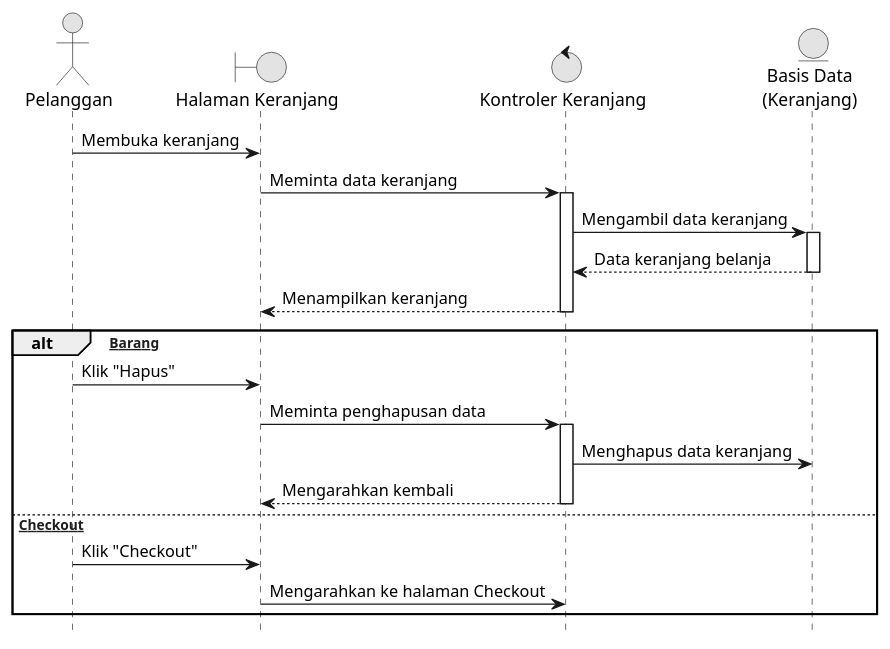
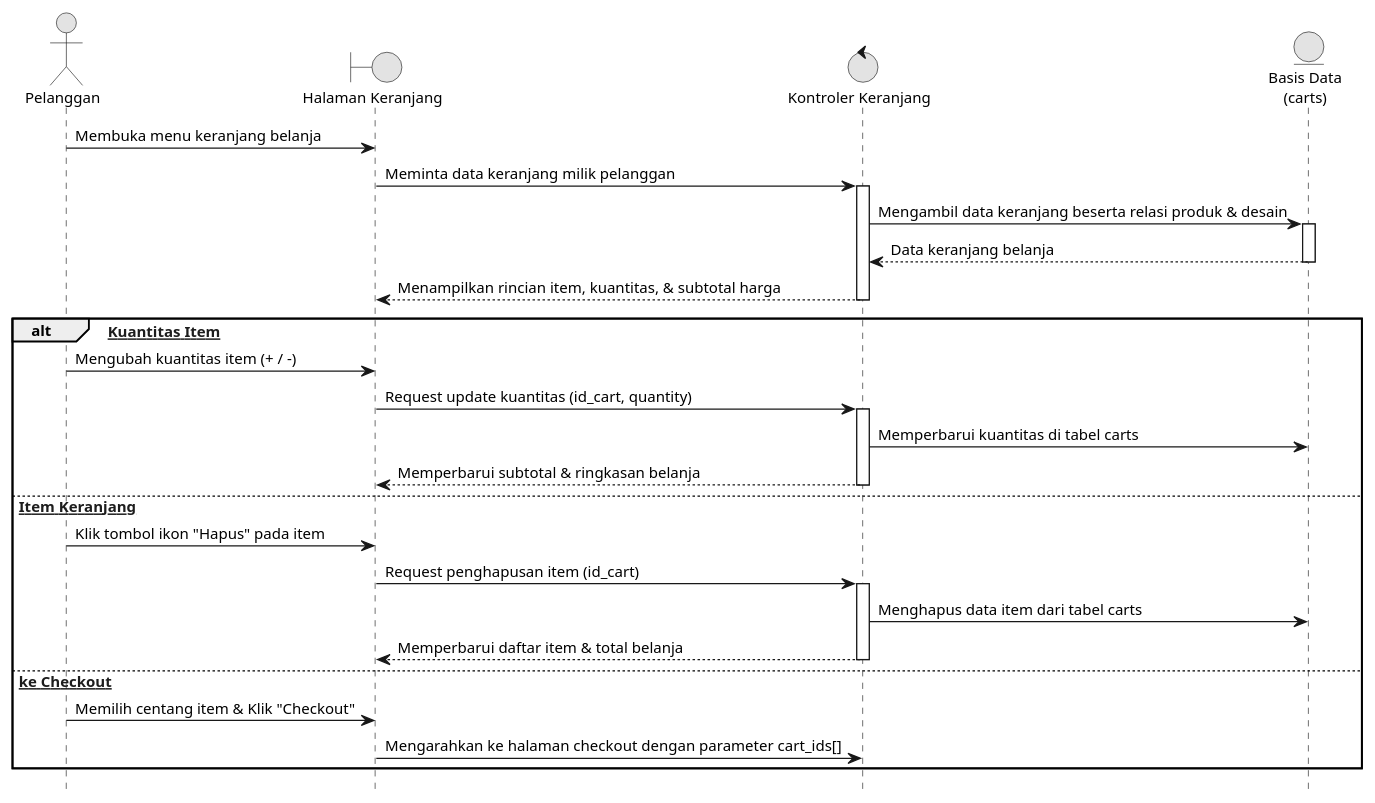
Before and after one commit to Reyonl/project_TA: the fourth of 11 diagrams in docs/diagrams/semua_diagram.puml, drawn with PlantUML. The commit also changed other lines of this file and 25 other files, not shown here.

Commit message:
docs: regenerate thesis diagrams, add class/LRS diagrams and viewers

```diff
--- a/docs/diagrams/semua_diagram.puml
+++ b/docs/diagrams/semua_diagram.puml
@@ -70,32 +113,42 @@
 @startuml 03_Kelola_Keranjang
 hide footbox
+skinparam backgroundColor white
 skinparam monochrome true
 skinparam shadowing false
+skinparam DefaultFontName Arial
+skinparam DefaultFontSize 12
 
 actor "Pelanggan" as Customer
 boundary "Halaman Keranjang" as View
 control "Kontroler Keranjang" as Controller
-entity "Basis Data\n(Keranjang)" as DB
+entity "Basis Data\n(carts)" as DB
 
-Customer -> View : Membuka keranjang
-View -> Controller : Meminta data keranjang
+Customer -> View : Membuka menu keranjang belanja
+View -> Controller : Meminta data keranjang milik pelanggan
 activate Controller
-Controller -> DB : Mengambil data keranjang
+Controller -> DB : Mengambil data keranjang beserta relasi produk & desain
 activate DB
 DB --> Controller : Data keranjang belanja
 deactivate DB
-Controller --> View : Menampilkan keranjang
+Controller --> View : Menampilkan rincian item, kuantitas, & subtotal harga
 deactivate Controller
 
-alt [Hapus Barang]
-    Customer -> View : Klik "Hapus"
-    View -> Controller : Meminta penghapusan data
+alt [Ubah Kuantitas Item]
+    Customer -> View : Mengubah kuantitas item (+ / -)
+    View -> Controller : Request update kuantitas (id_cart, quantity)
     activate Controller
-    Controller -> DB : Menghapus data keranjang
-    Controller --> View : Mengarahkan kembali
+    Controller -> DB : Memperbarui kuantitas di tabel carts
+    Controller --> View : Memperbarui subtotal & ringkasan belanja
     deactivate Controller
-else [Lanjut Checkout]
-    Customer -> View : Klik "Checkout"
-    View -> Controller : Mengarahkan ke halaman Checkout
+else [Hapus Item Keranjang]
+    Customer -> View : Klik tombol ikon "Hapus" pada item
+    View -> Controller : Request penghapusan item (id_cart)
+    activate Controller
+    Controller -> DB : Menghapus data item dari tabel carts
+    Controller --> View : Memperbarui daftar item & total belanja
+    deactivate Controller
+else [Lanjut ke Checkout]
+    Customer -> View : Memilih centang item & Klik "Checkout"
+    View -> Controller : Mengarahkan ke halaman checkout dengan parameter cart_ids[]
 end
 @enduml
```
